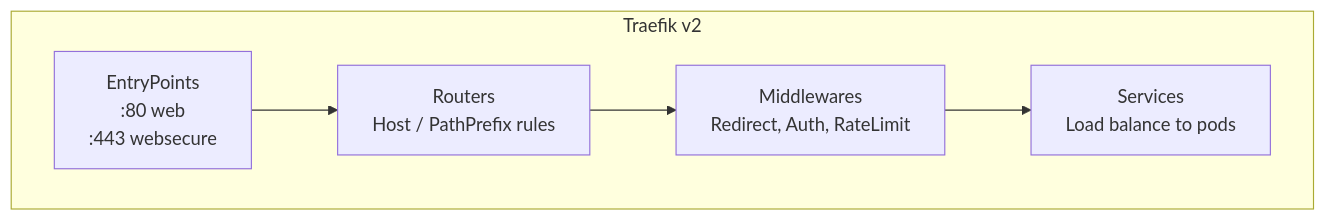
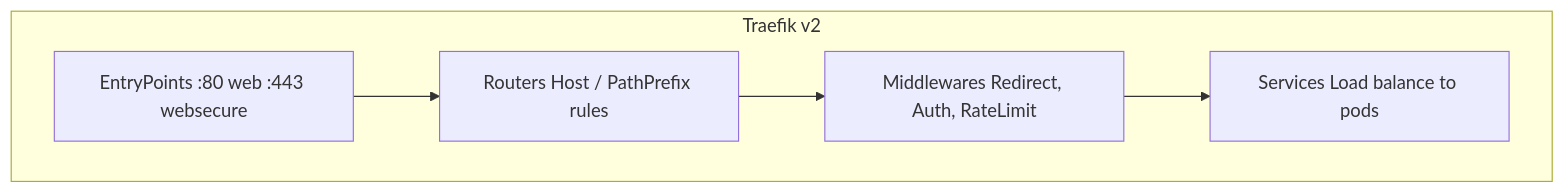
The second of 2 diagrams in 07_ingress_and_tls/01_traefik_builtin.md (UncleJS/course_k3s), drawn with Mermaid before and after one commit. The commit also changed other lines of this file and 57 other files, not shown here.

````diff
--- a/07_ingress_and_tls/01_traefik_builtin.md
+++ b/07_ingress_and_tls/01_traefik_builtin.md
@@ -68,10 +68,10 @@
 ```mermaid
 graph TD
     subgraph Traefik v2
-        EP[EntryPoints\n:80 web\n:443 websecure]
-        R[Routers\nHost / PathPrefix rules]
-        M[Middlewares\nRedirect, Auth, RateLimit]
-        SVC[Services\nLoad balance to pods]
+        EP[EntryPoints :80 web :443 websecure]
+        R[Routers Host / PathPrefix rules]
+        M[Middlewares Redirect, Auth, RateLimit]
+        SVC[Services Load balance to pods]
     end
     EP --> R --> M --> SVC
 ```
````
